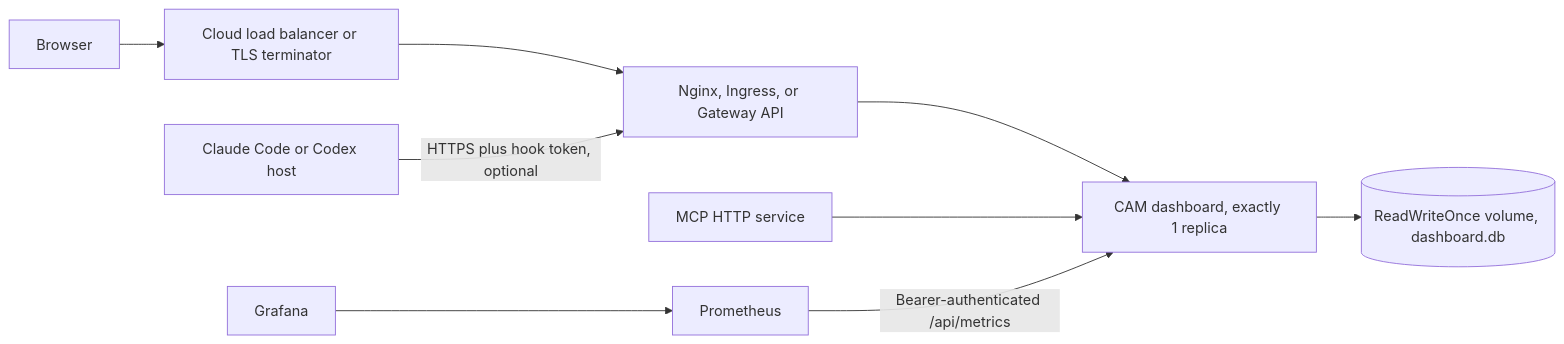
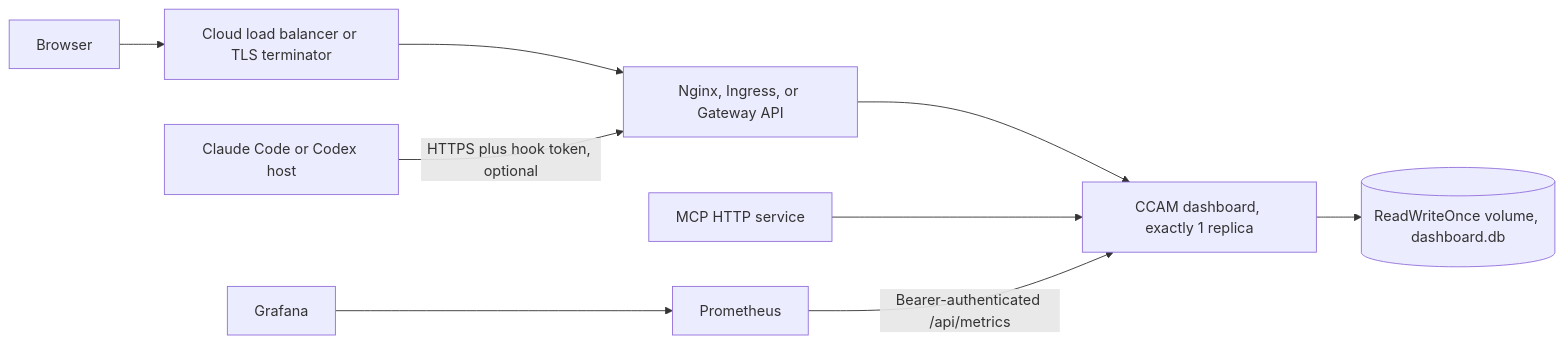
The diagram in DEPLOYMENT.md (buluma/Code-Agent-Monitor), drawn with Mermaid before and after one commit. The commit also changed other lines of this file and 1142 other files, not shown here.

````diff
--- a/DEPLOYMENT.md
+++ b/DEPLOYMENT.md
@@ -13,11 +13,11 @@
 ```mermaid
 flowchart LR
   USER[Browser] --> TLS[Cloud load balancer or TLS terminator]
   TLS --> EDGE[Nginx, Ingress, or Gateway API]
-  EDGE --> APP[CAM dashboard, exactly 1 replica]
+  EDGE --> APP[CCAM dashboard, exactly 1 replica]
   APP --> PVC[(ReadWriteOnce volume, dashboard.db)]
   MCP[MCP HTTP service] --> APP
   PROM[Prometheus] -->|Bearer-authenticated /api/metrics| APP
   GRAFANA[Grafana] --> PROM
   HOST[Claude Code or Codex host] -->|HTTPS plus hook token, optional| EDGE
 ```
````
